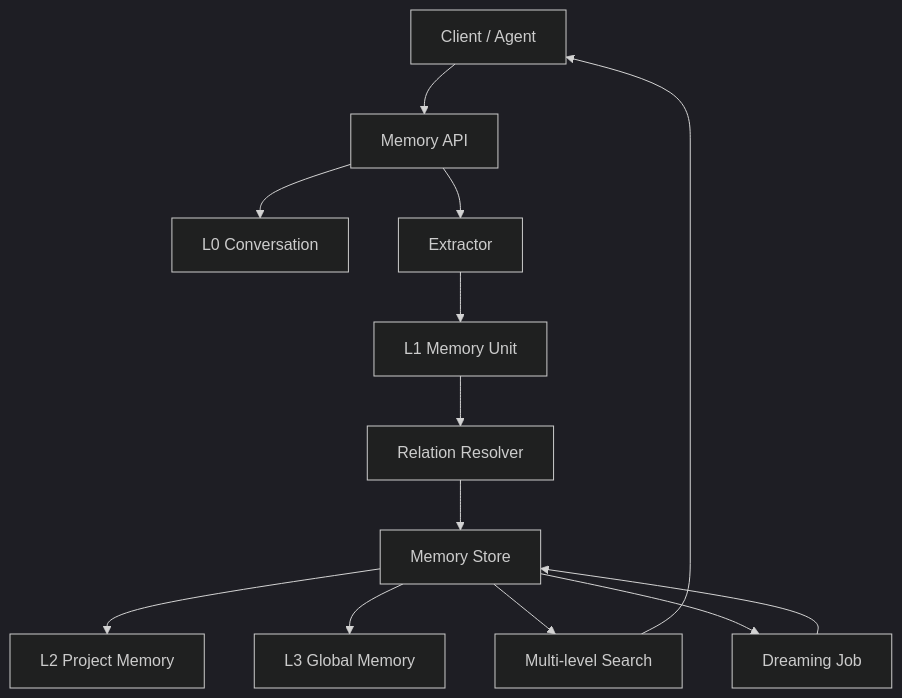
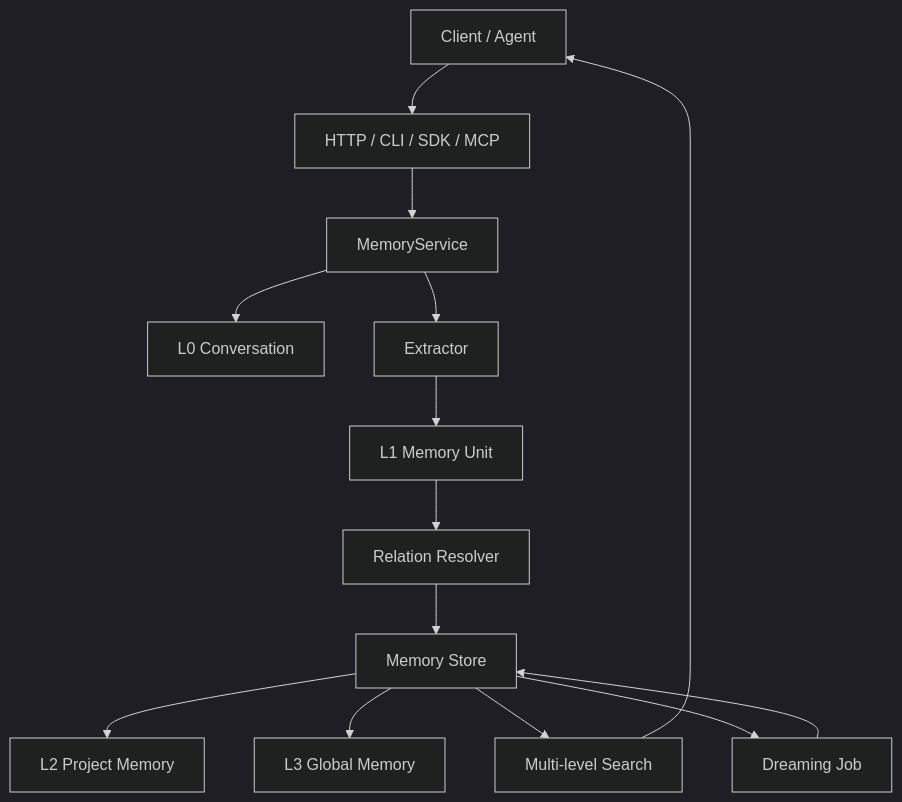
Before and after one commit to hdonLiu/oh-my-memory: the diagram in README.md, drawn with Mermaid (dark theme). The commit also changed other lines of this file and 3 other files, not shown here.

````diff
--- a/README.md
+++ b/README.md
@@ -23,15 +24,16 @@
 ```mermaid
 flowchart TD
-  Client["Client / Agent"] --> API["Memory API"]
-  API --> L0["L0 Conversation"]
-  API --> Extractor["Extractor"]
+  Client["Client / Agent"] --> Transport["HTTP / CLI / SDK / MCP"]
+  Transport --> Service["MemoryService"]
+  Service --> L0["L0 Conversation"]
+  Service --> Extractor["Extractor"]
   Extractor --> L1["L1 Memory Unit"]
   L1 --> Resolver["Relation Resolver"]
   Resolver --> Store["Memory Store"]
   Store --> L2["L2 Project Memory"]
   Store --> L3["L3 Global Memory"]
   Store --> Search["Multi-level Search"]
   Search --> Client
   Dreaming["Dreaming Job"] --> Store
   Store --> Dreaming
 ```
````
